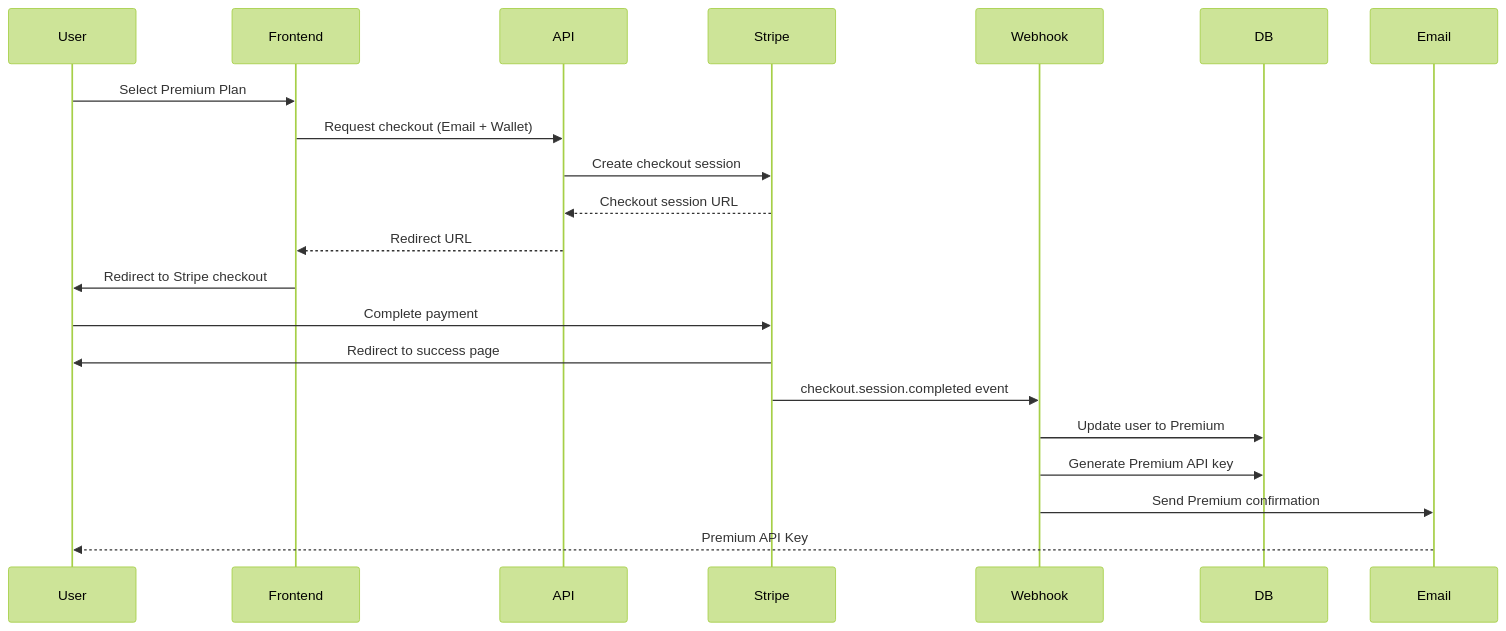
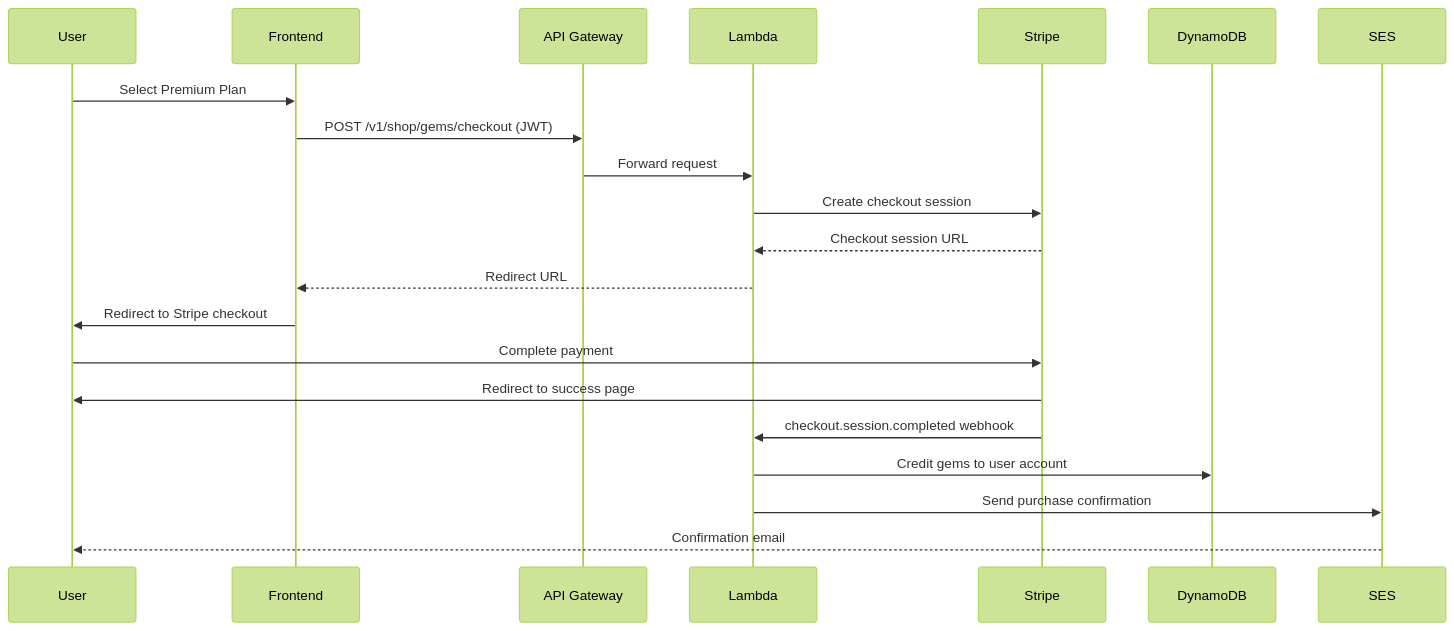
One commit to totembound/totem-app changed the diagram in docs/premium-subscription-flow.mermaid. Above: the diagram before and after it, drawn with Mermaid (forest theme). The commit also changed 213 other files, not shown here.

```diff
--- a/docs/premium-subscription-flow.mermaid
+++ b/docs/premium-subscription-flow.mermaid
@@ -1,22 +1,22 @@
 sequenceDiagram
     participant User
     participant Frontend
-    participant API
+    participant API as API Gateway
+    participant Lambda
     participant Stripe
-    participant Webhook
-    participant DB
-    participant Email
+    participant DB as DynamoDB
+    participant Email as SES
 
     User->>Frontend: Select Premium Plan
-    Frontend->>API: Request checkout (Email + Wallet)
-    API->>Stripe: Create checkout session
-    Stripe-->>API: Checkout session URL
-    API-->>Frontend: Redirect URL
+    Frontend->>API: POST /v1/shop/gems/checkout (JWT)
+    API->>Lambda: Forward request
+    Lambda->>Stripe: Create checkout session
+    Stripe-->>Lambda: Checkout session URL
+    Lambda-->>Frontend: Redirect URL
     Frontend->>User: Redirect to Stripe checkout
     User->>Stripe: Complete payment
     Stripe->>User: Redirect to success page
-    Stripe->>Webhook: checkout.session.completed event
-    Webhook->>DB: Update user to Premium
-    Webhook->>DB: Generate Premium API key
-    Webhook->>Email: Send Premium confirmation
-    Email-->>User: Premium API Key
+    Stripe->>Lambda: checkout.session.completed webhook
+    Lambda->>DB: Credit gems to user account
+    Lambda->>Email: Send purchase confirmation
+    Email-->>User: Confirmation email
```
